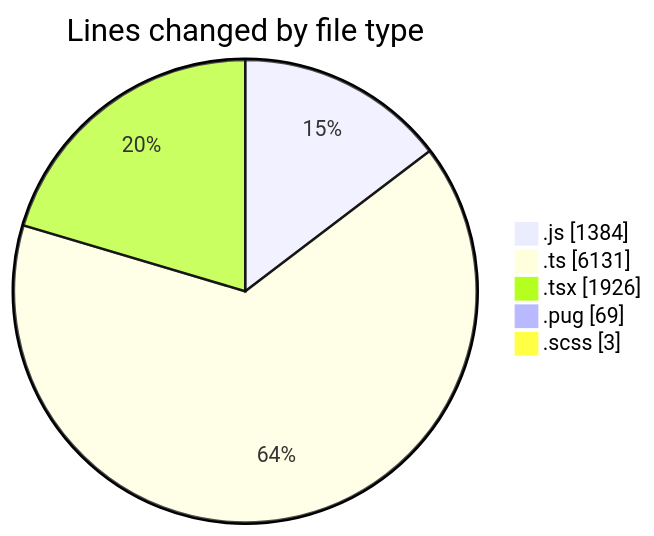
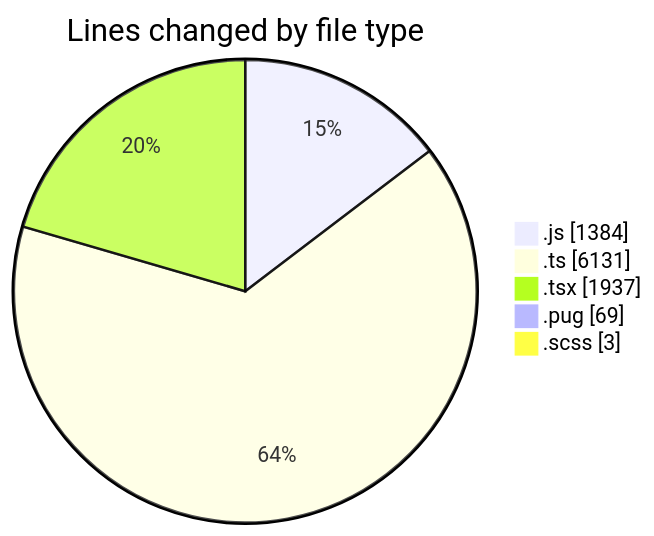
One commit to momahboobian/code-tracking changed the first of 2 diagrams in 2025-03-25/cda/README.md. Above: the diagram before and after it, drawn with Mermaid. The commit also changed other lines of this file and 1 other file, not shown here.

````diff
--- a/2025-03-25/cda/README.md
+++ b/2025-03-25/cda/README.md
@@ -38,9 +38,9 @@
 ```mermaid
 pie showData
 title Lines changed by file type
 ".js" : 1384
 ".ts" : 6131
-".tsx" : 1926
+".tsx" : 1937
 ".pug" : 69
 ".scss" : 3
 ```
````
